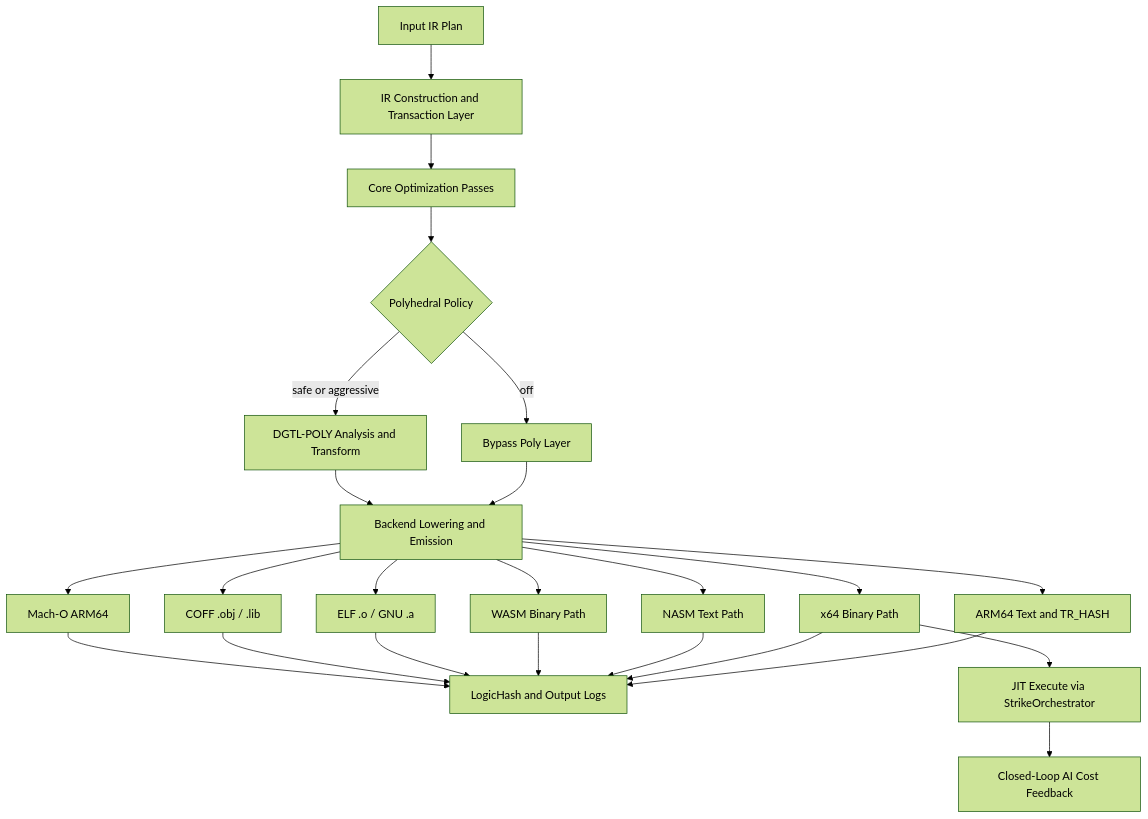
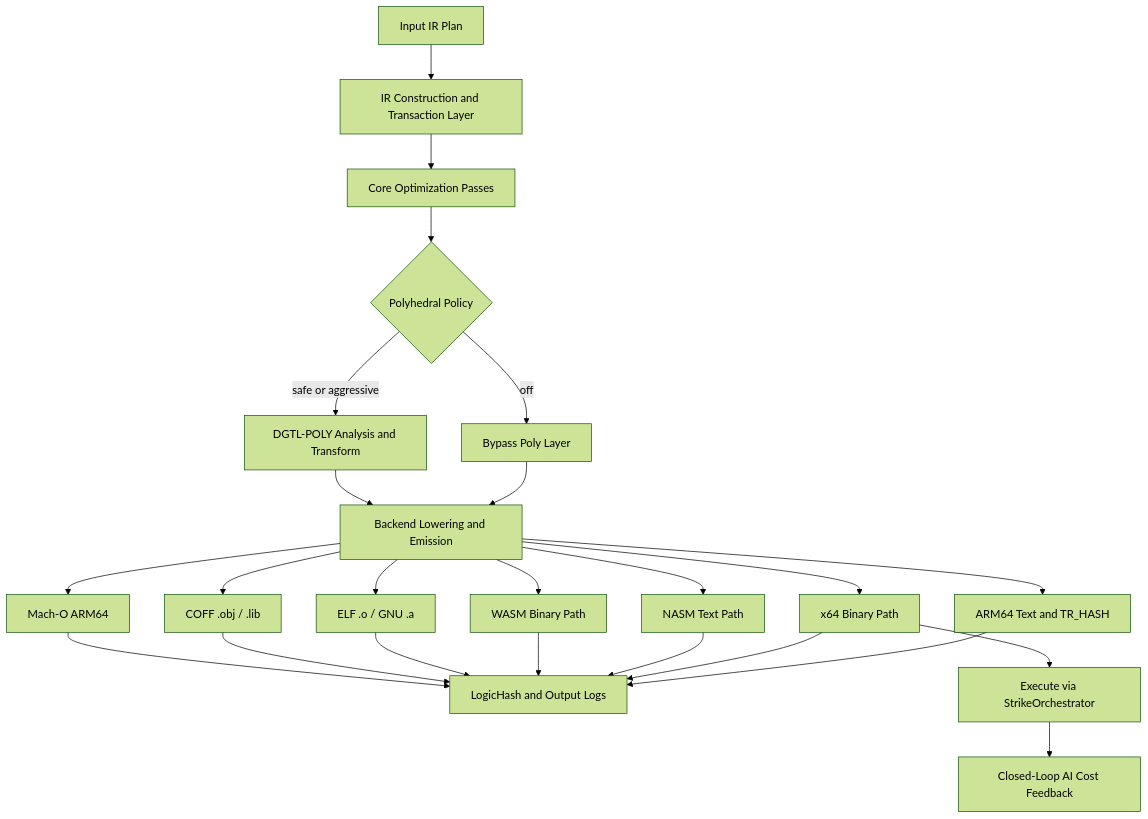
Before and after one commit to divyanshutata09/dgtl: the diagram in docs/analysis/THEORY_OF_OPERATION.md, drawn with Mermaid (forest theme). The commit also changed other lines of this file and 893 other files, not shown here.

````diff
--- a/docs/analysis/THEORY_OF_OPERATION.md
+++ b/docs/analysis/THEORY_OF_OPERATION.md
@@ -63,26 +63,26 @@
 ```mermaid
 flowchart TD
     A[Input IR Plan] --> B[IR Construction and Transaction Layer]
     B --> C[Core Optimization Passes]
     C --> D{Polyhedral Policy}
     D -->|off| E[Bypass Poly Layer]
     D -->|safe or aggressive| F[DGTL-POLY Analysis and Transform]
     E --> G[Backend Lowering and Emission]
     F --> G
     G --> H1[ARM64 Text and TR_HASH]
     G --> H2[x64 Binary Path]
     G --> H3[NASM Text Path]
     G --> H4[WASM Binary Path]
     G --> H5[ELF .o / GNU .a]
     G --> H6[COFF .obj / .lib]
     G --> H7[Mach-O ARM64]
     H1 --> I[LogicHash and Output Logs]
     H2 --> I
     H3 --> I
     H4 --> I
     H5 --> I
     H6 --> I
     H7 --> I
-    H2 --> J[JIT Execute via StrikeOrchestrator]
+    H2 --> J[ Execute via StrikeOrchestrator]
     J --> K[Closed-Loop AI Cost Feedback]
 ```
````
